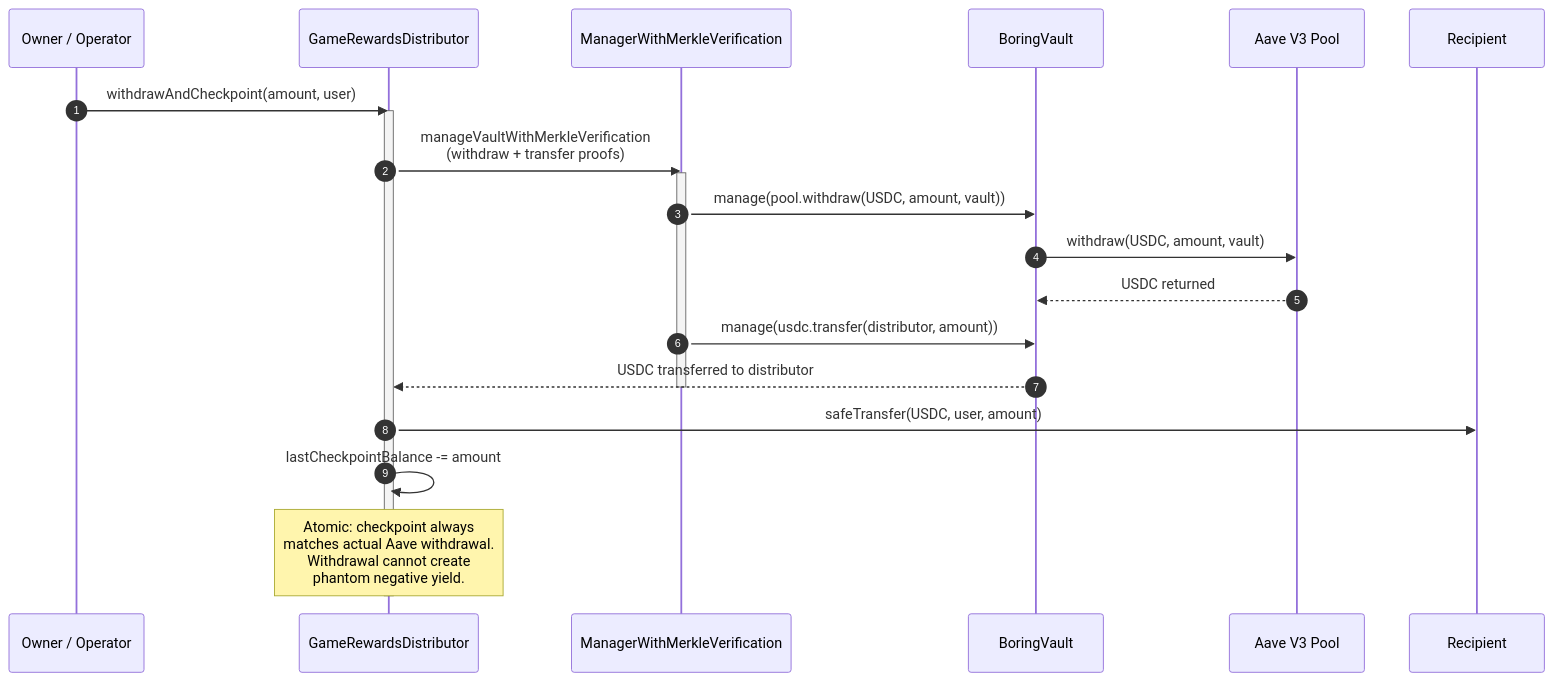
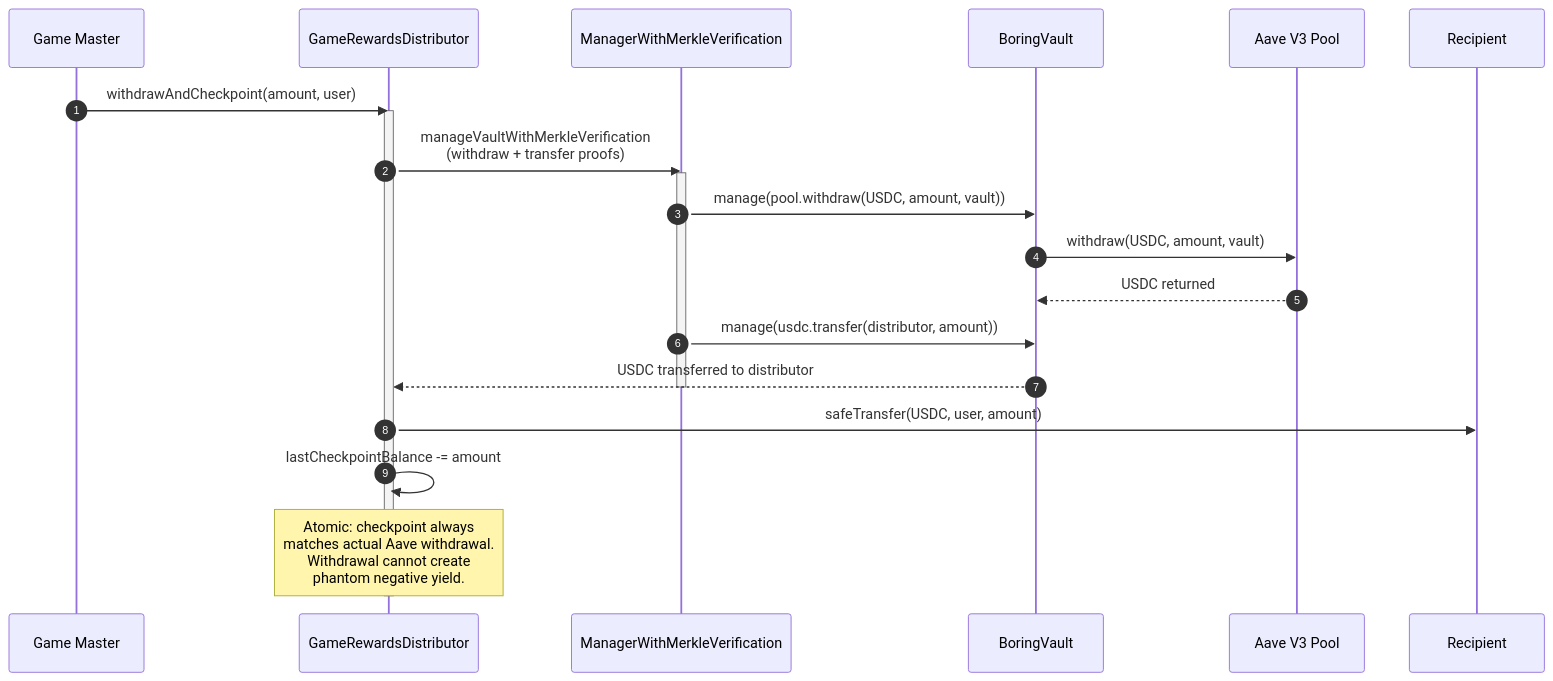
The fourth of 7 diagrams in docs/architecture.md (corbinpage/clawtogether-contracts), drawn with Mermaid before and after one commit. The commit also changed other lines of this file and 3 other files, not shown here.

First line of the commit message:
Move supplyAndCheckpoint and withdrawAndCheckpoint to GAME_MASTER_ROLE

````diff
--- a/docs/architecture.md
+++ b/docs/architecture.md
@@ -162,30 +162,30 @@
 ```mermaid
 sequenceDiagram
     autonumber
-    participant OP as Owner / Operator
+    participant GM as Game Master
     participant DIST as GameRewardsDistributor
     participant MGR as ManagerWithMerkleVerification
     participant VAULT as BoringVault
     participant AAVE as Aave V3 Pool
     participant USER as Recipient
 
-    OP->>DIST: withdrawAndCheckpoint(amount, user)
+    GM->>DIST: withdrawAndCheckpoint(amount, user)
     activate DIST
 
     DIST->>MGR: manageVaultWithMerkleVerification<br/>(withdraw + transfer proofs)
     activate MGR
     MGR->>VAULT: manage(pool.withdraw(USDC, amount, vault))
     VAULT->>AAVE: withdraw(USDC, amount, vault)
     AAVE-->>VAULT: USDC returned
     MGR->>VAULT: manage(usdc.transfer(distributor, amount))
     VAULT-->>DIST: USDC transferred to distributor
     deactivate MGR
 
     DIST->>USER: safeTransfer(USDC, user, amount)
 
     DIST->>DIST: lastCheckpointBalance -= amount
 
     Note over DIST: Atomic: checkpoint always<br/>matches actual Aave withdrawal.<br/>Withdrawal cannot create<br/>phantom negative yield.
 
     deactivate DIST
 ```
````
